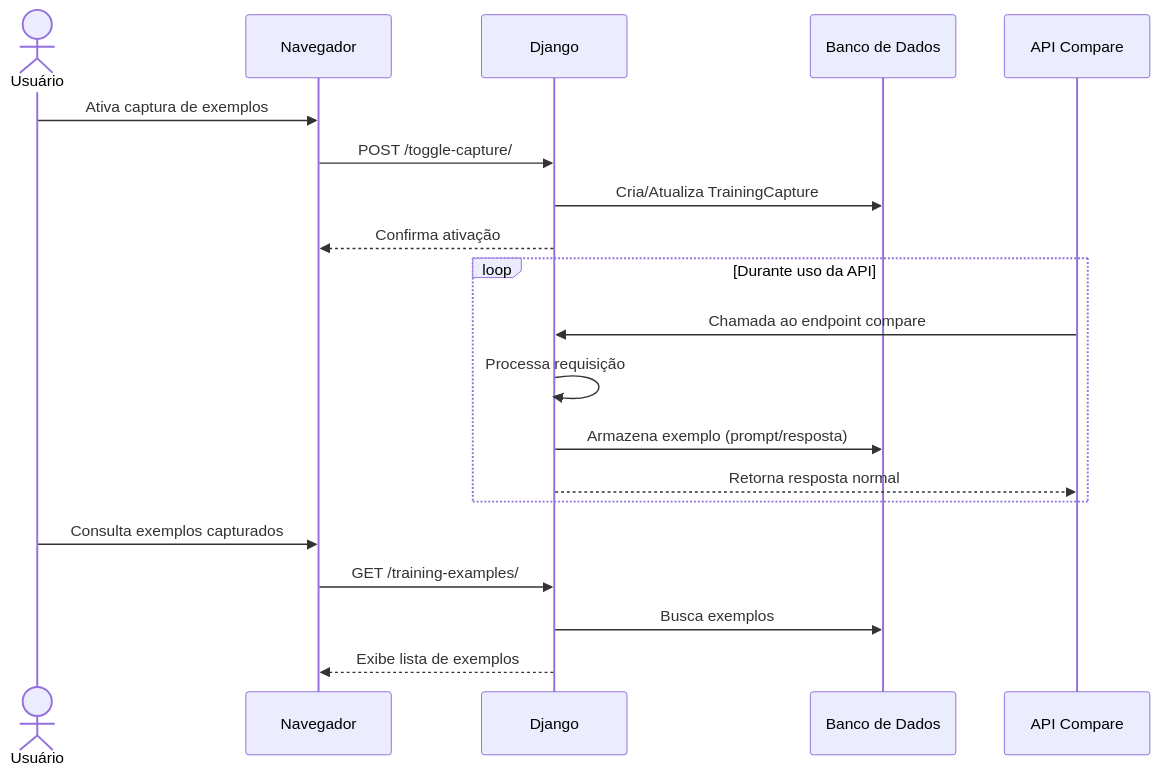
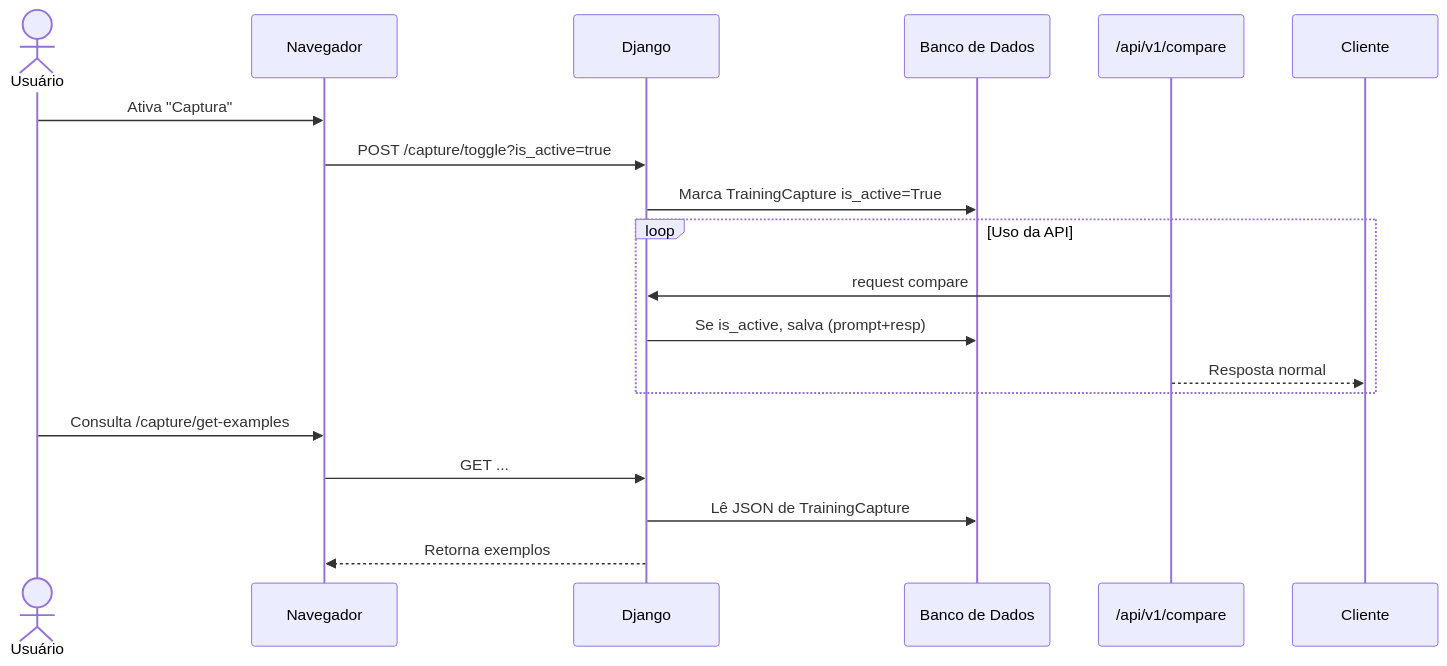
One commit to diegogrosmann/EnsinaNet.AI changed diagram 13 of 33 in README.md. Above: the diagram before and after it, drawn with Mermaid. The commit also changed other lines of this file and 52 other files, not shown here.

Commit message:
Remove arquivos desnecessários e adiciona novos módulos; implementa sinais para a API e atualiza exceções personalizadas.

````diff
--- a/README.md
+++ b/README.md
@@ -884,25 +798,23 @@
 ```mermaid
 sequenceDiagram
     actor U as Usuário
     participant N as Navegador
     participant D as Django
     participant DB as Banco de Dados
-    participant API as API Compare
+    participant API as /api/v1/compare
 
-    U->>N: Ativa captura de exemplos
-    N->>D: POST /toggle-capture/
-    D->>DB: Cria/Atualiza TrainingCapture
-    D-->>N: Confirma ativação
+    U->>N: Ativa "Captura"
+    N->>D: POST /capture/toggle?is_active=true
+    D->>DB: Marca TrainingCapture is_active=True
 
-    loop Durante uso da API
-        API->>D: Chamada ao endpoint compare
-        D->>D: Processa requisição
-        D->>DB: Armazena exemplo (prompt/resposta)
-        D-->>API: Retorna resposta normal
+    loop Uso da API
+        API->>D: request compare
+        D->>DB: Se is_active, salva (prompt+resp)
+        API-->>Cliente: Resposta normal
     end
 
-    U->>N: Consulta exemplos capturados
-    N->>D: GET /training-examples/
-    D->>DB: Busca exemplos
-    D-->>N: Exibe lista de exemplos
+    U->>N: Consulta /capture/get-examples
+    N->>D: GET ...
+    D->>DB: Lê JSON de TrainingCapture
+    D-->>N: Retorna exemplos
 ```
````
